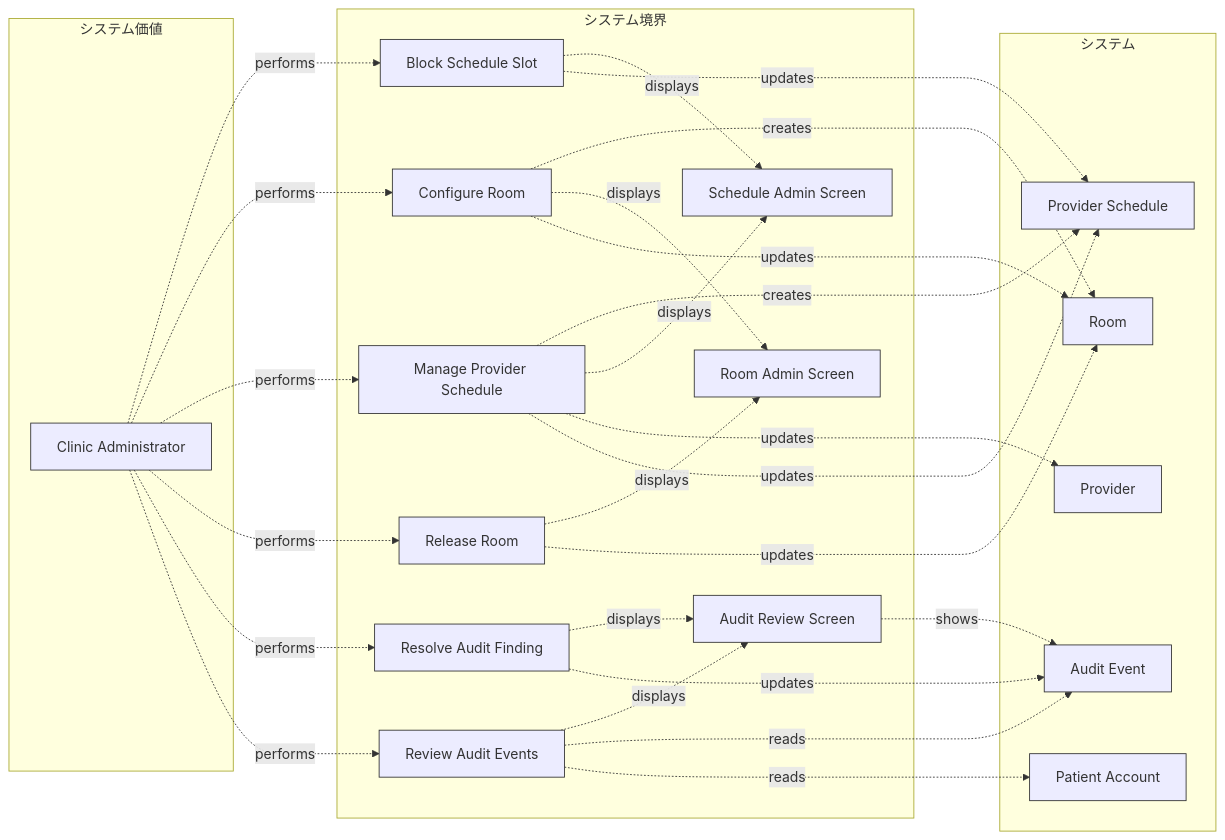
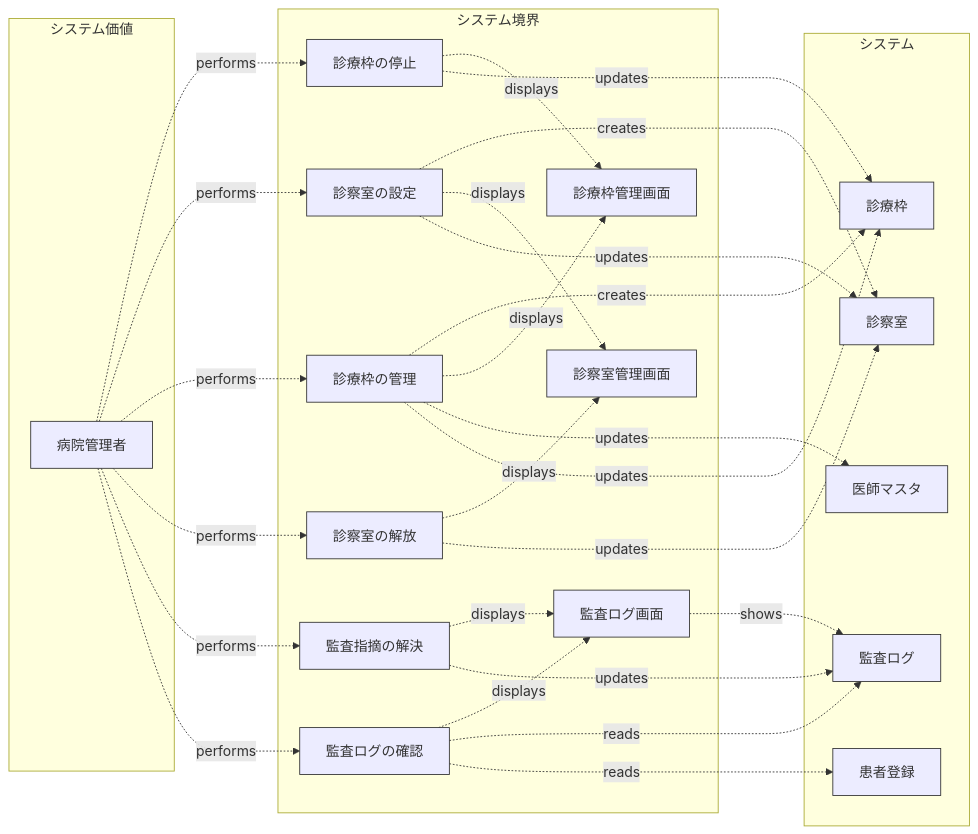
Diagram 22 of 27 in samples/clinic-ops/design-sample.md (manji-0/rdra-ish-dsl), drawn with Mermaid before and after one commit. The commit also changed other lines of this file and 41 other files, not shown here.

````diff
--- a/samples/clinic-ops/design-sample.md
+++ b/samples/clinic-ops/design-sample.md
@@ -2370,69 +2370,69 @@
 ```mermaid
 %% rdra-ish diagram=usecase scope=buc:BucStaffAdministration model=samples/clinic-ops
 %% layers: value=システム価値 boundary=システム境界 system=システム
 %% kinds: actor usecase screen entity
 %% omitted: buc medium permission api
 flowchart LR
   subgraph layer_value["システム価値"]
-    actor__ClinicAdmin["Clinic Administrator"]:::actor
+    actor__ClinicAdmin["病院管理者"]:::actor
   end
   subgraph layer_boundary["システム境界"]
-    usecase__BlockScheduleSlot["Block Schedule Slot"]:::usecase
-    usecase__ConfigureRoom["Configure Room"]:::usecase
-    usecase__ManageProviderSchedule["Manage Provider Schedule"]:::usecase
-    usecase__ReleaseRoom["Release Room"]:::usecase
-    usecase__ResolveAuditFinding["Resolve Audit Finding"]:::usecase
-    usecase__ReviewAuditEvents["Review Audit Events"]:::usecase
-    screen__AuditReviewScreen["Audit Review Screen"]:::screen
-    screen__RoomAdminScreen["Room Admin Screen"]:::screen
-    screen__ScheduleAdminScreen["Schedule Admin Screen"]:::screen
+    usecase__BlockScheduleSlot["診療枠の停止"]:::usecase
+    usecase__ConfigureRoom["診察室の設定"]:::usecase
+    usecase__ManageProviderSchedule["診療枠の管理"]:::usecase
+    usecase__ReleaseRoom["診察室の解放"]:::usecase
+    usecase__ResolveAuditFinding["監査指摘の解決"]:::usecase
+    usecase__ReviewAuditEvents["監査ログの確認"]:::usecase
+    screen__AuditReviewScreen["監査ログ画面"]:::screen
+    screen__RoomAdminScreen["診察室管理画面"]:::screen
+    screen__ScheduleAdminScreen["診療枠管理画面"]:::screen
   end
   subgraph layer_system["システム"]
-    entity__AuditEvent["Audit Event"]:::entity
-    entity__PatientAccount["Patient Account"]:::entity
-    entity__Provider["Provider"]:::entity
-    entity__ProviderSchedule["Provider Schedule"]:::entity
-    entity__Room["Room"]:::entity
+    entity__AuditEvent["監査ログ"]:::entity
+    entity__PatientAccount["患者登録"]:::entity
+    entity__Provider["医師マスタ"]:::entity
+    entity__ProviderSchedule["診療枠"]:::entity
+    entity__Room["診察室"]:::entity
   end
   actor__ClinicAdmin -.->|performs| usecase__BlockScheduleSlot
   %% derived actor__ClinicAdmin -> usecase__BlockScheduleSlot via buc__BucStaffAdministration
   actor__ClinicAdmin -.->|performs| usecase__ConfigureRoom
   %% derived actor__ClinicAdmin -> usecase__ConfigureRoom via buc__BucStaffAdministration
   actor__ClinicAdmin -.->|performs| usecase__ManageProviderSchedule
   %% derived actor__ClinicAdmin -> usecase__ManageProviderSchedule via buc__BucStaffAdministration
   actor__ClinicAdmin -.->|performs| usecase__ReleaseRoom
   %% derived actor__ClinicAdmin -> usecase__ReleaseRoom via buc__BucStaffAdministration
   actor__ClinicAdmin -.->|performs| usecase__ResolveAuditFinding
   %% derived actor__ClinicAdmin -> usecase__ResolveAuditFinding via buc__BucStaffAdministration
   actor__ClinicAdmin -.->|performs| usecase__ReviewAuditEvents
   %% derived actor__ClinicAdmin -> usecase__ReviewAuditEvents via buc__BucStaffAdministration
   screen__AuditReviewScreen -.->|shows| entity__AuditEvent
   usecase__BlockScheduleSlot -.->|displays| screen__ScheduleAdminScreen
   usecase__BlockScheduleSlot -.->|updates| entity__ProviderSchedule
   %% derived usecase__BlockScheduleSlot -> entity__ProviderSchedule via api__BlockScheduleSlotApi
   usecase__ConfigureRoom -.->|creates| entity__Room
   %% derived usecase__ConfigureRoom -> entity__Room via api__RoomAdminApi
   usecase__ConfigureRoom -.->|displays| screen__RoomAdminScreen
   usecase__ConfigureRoom -.->|updates| entity__Room
   %% derived usecase__ConfigureRoom -> entity__Room via api__RoomAdminApi
   usecase__ManageProviderSchedule -.->|creates| entity__ProviderSchedule
   %% derived usecase__ManageProviderSchedule -> entity__ProviderSchedule via api__ManageProviderScheduleApi
   usecase__ManageProviderSchedule -.->|displays| screen__ScheduleAdminScreen
   usecase__ManageProviderSchedule -.->|updates| entity__Provider
   %% derived usecase__ManageProviderSchedule -> entity__Provider via api__ManageProviderScheduleApi
   usecase__ManageProviderSchedule -.->|updates| entity__ProviderSchedule
   %% derived usecase__ManageProviderSchedule -> entity__ProviderSchedule via api__ManageProviderScheduleApi
   usecase__ReleaseRoom -.->|displays| screen__RoomAdminScreen
   usecase__ReleaseRoom -.->|updates| entity__Room
   usecase__ResolveAuditFinding -.->|displays| screen__AuditReviewScreen
   usecase__ResolveAuditFinding -.->|updates| entity__AuditEvent
   usecase__ReviewAuditEvents -.->|displays| screen__AuditReviewScreen
   usecase__ReviewAuditEvents -.->|reads| entity__AuditEvent
   %% derived usecase__ReviewAuditEvents -> entity__AuditEvent via api__AuditApi
   usecase__ReviewAuditEvents -.->|reads| entity__PatientAccount
   %% derived usecase__ReviewAuditEvents -> entity__PatientAccount via api__AuditApi
   classDef actor stroke:#333;
   classDef usecase stroke:#333;
   classDef screen stroke:#333;
   classDef entity stroke:#333;
 ```
````
